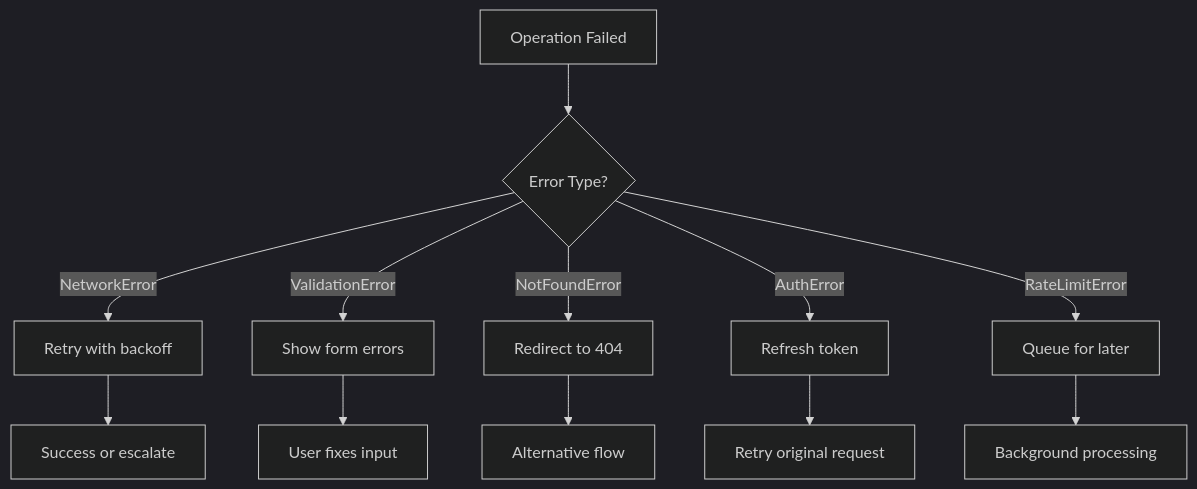
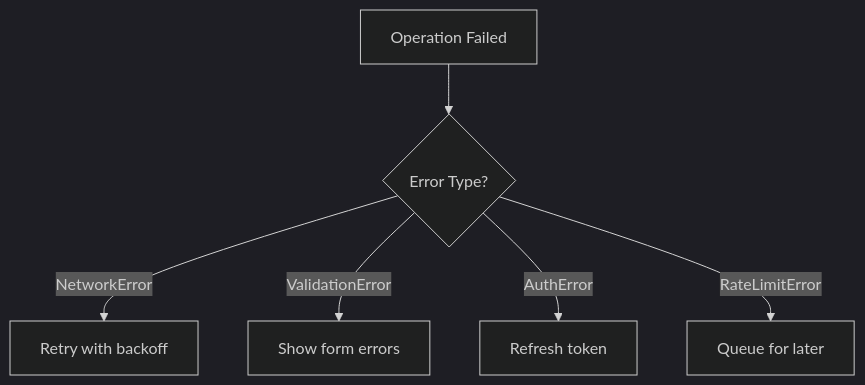
One commit to Almaju/blog changed the second of 4 diagrams in content/docs/fundamentals/4-errors.mdx. Above: the diagram before and after it, drawn with Mermaid (dark theme). The commit also changed other lines of this file and 5 other files, not shown here.

````diff
--- a/content/docs/fundamentals/4-errors.mdx
+++ b/content/docs/fundamentals/4-errors.mdx
@@ -122,21 +120,13 @@
 ```mermaid
 graph TD
     A[Operation Failed] --> B{Error Type?}
     B -->|NetworkError| C[Retry with backoff]
     B -->|ValidationError| D[Show form errors]
-    B -->|NotFoundError| E[Redirect to 404]
-    B -->|AuthError| F[Refresh token]
-    B -->|RateLimitError| G[Queue for later]
-    
-    C --> H[Success or escalate]
-    D --> I[User fixes input]
-    E --> J[Alternative flow]
-    F --> K[Retry original request]
-    G --> L[Background processing]
-    
+    B -->|AuthError| E[Refresh token]
+    B -->|RateLimitError| F[Queue for later]
+
     class C yellow
     class D yellow
     class E yellow
     class F yellow
-    class G yellow
 ```
````
